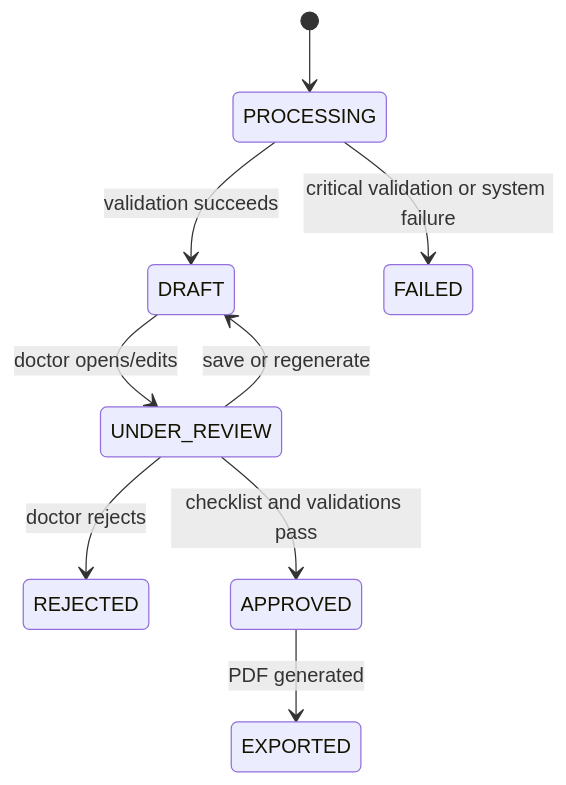
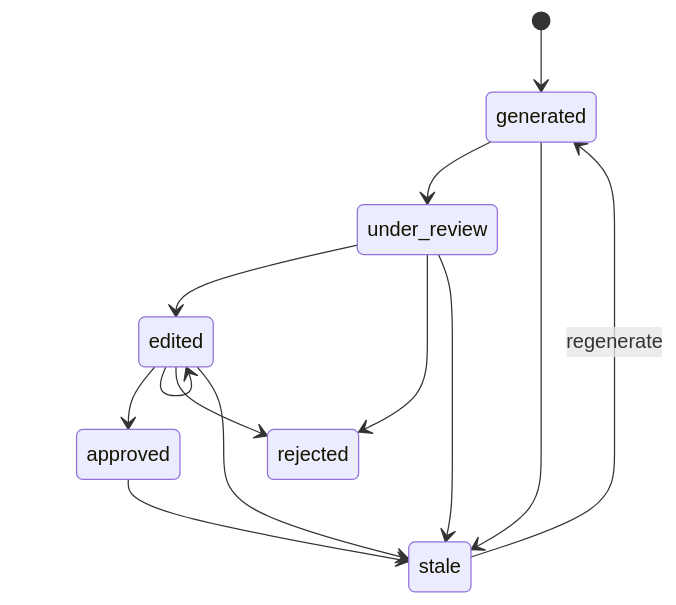
The sixth of 10 diagrams in ARCHITECTURE.md (Duyhoan99/P-194), drawn with Mermaid before and after one commit. The commit also changed other lines of this file and 3 other files, not shown here.

````diff
--- a/ARCHITECTURE.md
+++ b/ARCHITECTURE.md
@@ -233,11 +455,15 @@
 ```mermaid
 stateDiagram-v2
-    [*] --> PROCESSING
-    PROCESSING --> DRAFT: validation succeeds
-    PROCESSING --> FAILED: critical validation or system failure
-    DRAFT --> UNDER_REVIEW: doctor opens/edits
-    UNDER_REVIEW --> DRAFT: save or regenerate
-    UNDER_REVIEW --> REJECTED: doctor rejects
-    UNDER_REVIEW --> APPROVED: checklist and validations pass
-    APPROVED --> EXPORTED: PDF generated
+    [*] --> generated
+    generated --> under_review
+    under_review --> edited
+    under_review --> rejected
+    edited --> edited
+    edited --> approved
+    edited --> rejected
+    generated --> stale
+    under_review --> stale
+    edited --> stale
+    approved --> stale
+    stale --> generated: regenerate
 ```
````
